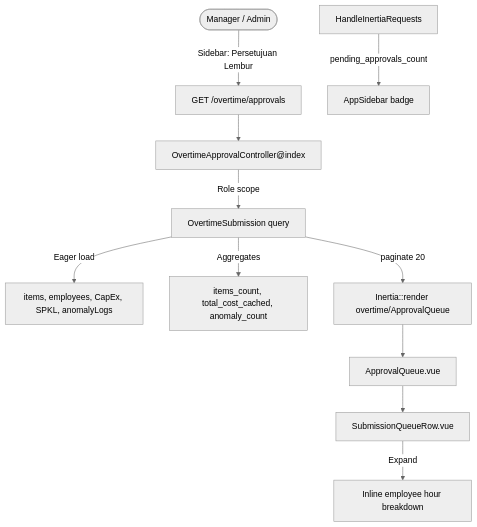
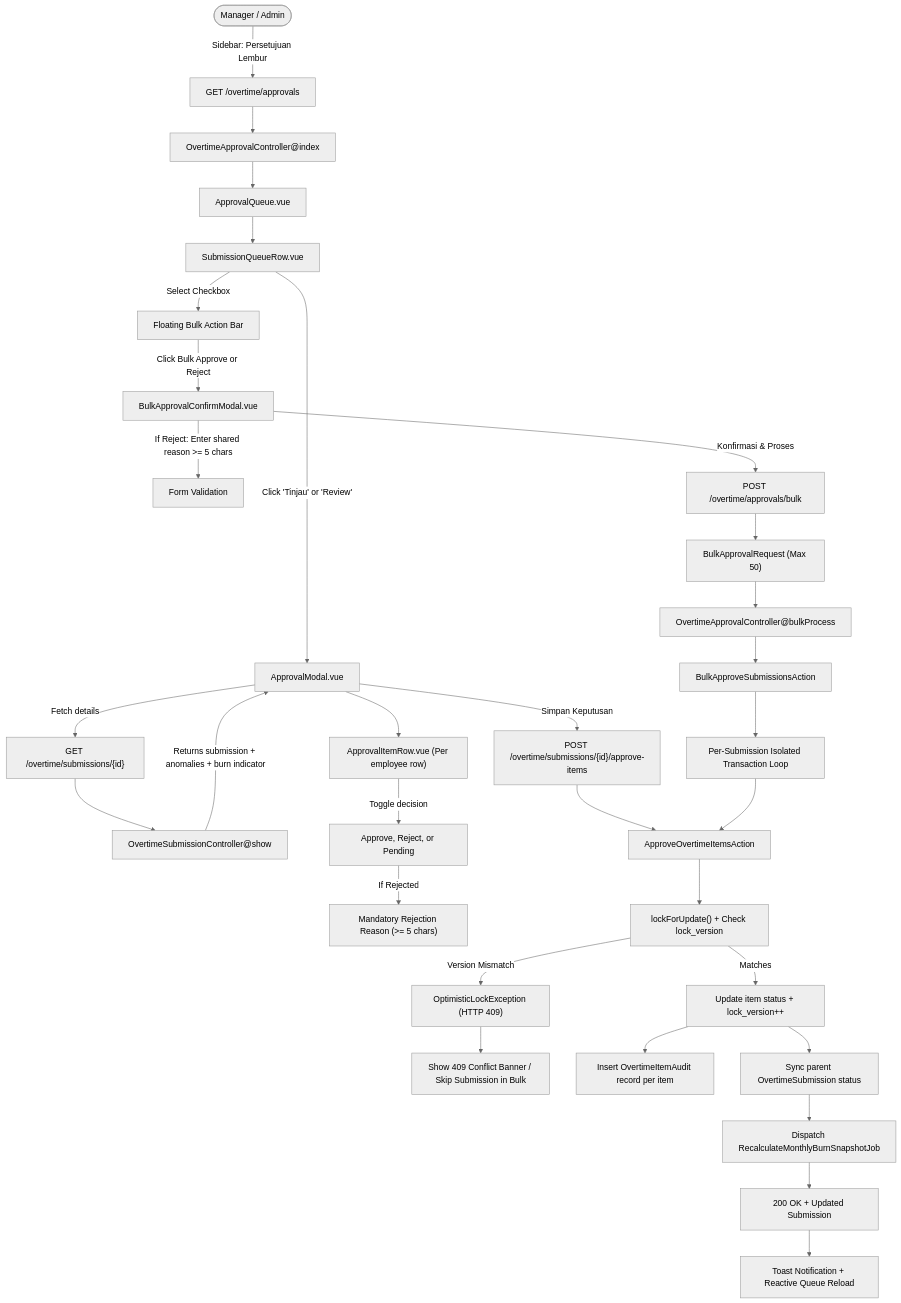
Before and after one commit to ZulfikarHD/overtime-app: the first of 2 diagrams in docs/dev-docs/features/verification-approval.md, drawn with Mermaid (neutral theme). The commit also changed other lines of this file and 27 other files, not shown here.

````diff
--- a/docs/dev-docs/features/verification-approval.md
+++ b/docs/dev-docs/features/verification-approval.md
@@ -9,13 +13,40 @@
 ```mermaid
 flowchart TD
-    User([Manager / Admin]) -->|Sidebar: Persetujuan Lembur| Route["GET /overtime/approvals"]
-    Route --> Controller["OvertimeApprovalController@index"]
-    Controller -->|Role scope| Query["OvertimeSubmission query"]
-    Query -->|Eager load| Eager["items, employees, CapEx, SPKL, anomalyLogs"]
-    Query -->|Aggregates| Agg["items_count, total_cost_cached, anomaly_count"]
-    Query -->|paginate 20| Inertia["Inertia::render overtime/ApprovalQueue"]
-    Inertia --> Page["ApprovalQueue.vue"]
+    User([Manager / Admin]) -->|Sidebar: Persetujuan Lembur| QueueRoute["GET /overtime/approvals"]
+    QueueRoute --> QueueController["OvertimeApprovalController@index"]
+    QueueController --> Page["ApprovalQueue.vue"]
     Page --> Row["SubmissionQueueRow.vue"]
-    Row -->|Expand| Inline["Inline employee hour breakdown"]
-    Middleware["HandleInertiaRequests"] -->|pending_approvals_count| Sidebar["AppSidebar badge"]
+
+    %% Path 1: Single Review Modal (E04-02)
+    Row -->|Click 'Tinjau' or 'Review'| Modal["ApprovalModal.vue"]
+    Modal -->|Fetch details| ShowRoute["GET /overtime/submissions/{id}"]
+    ShowRoute --> SubmissionController["OvertimeSubmissionController@show"]
+    SubmissionController -->|Returns submission + anomalies + burn indicator| Modal
+    Modal --> RowItem["ApprovalItemRow.vue (Per employee row)"]
+    RowItem -->|Toggle decision| Decisions["Approve, Reject, or Pending"]
+    Decisions -->|If Rejected| ReqReason["Mandatory Rejection Reason (>= 5 chars)"]
+    Modal -->|Simpan Keputusan| ApproveRoute["POST /overtime/submissions/{id}/approve-items"]
+    ApproveRoute --> ApproveAction["ApproveOvertimeItemsAction"]
+
+    %% Path 2: Bulk Action Bar (E04-03)
+    Row -->|Select Checkbox| FloatingBar["Floating Bulk Action Bar"]
+    FloatingBar -->|Click Bulk Approve or Reject| BulkModal["BulkApprovalConfirmModal.vue"]
+    BulkModal -->|If Reject: Enter shared reason >= 5 chars| ValidateBulkReason["Form Validation"]
+    BulkModal -->|Konfirmasi & Proses| BulkRoute["POST /overtime/approvals/bulk"]
+    BulkRoute --> BulkRequest["BulkApprovalRequest (Max 50)"]
+    BulkRequest --> BulkController["OvertimeApprovalController@bulkProcess"]
+    BulkController --> BulkAction["BulkApproveSubmissionsAction"]
+    BulkAction --> BulkLoop["Per-Submission Isolated Transaction Loop"]
+    BulkLoop --> ApproveAction
+
+    %% Core Decision & Concurrency Engine
+    ApproveAction --> Lock["lockForUpdate() + Check lock_version"]
+    Lock -->|Version Mismatch| ConflictException["OptimisticLockException (HTTP 409)"]
+    ConflictException --> AmberBanner["Show 409 Conflict Banner / Skip Submission in Bulk"]
+    Lock -->|Matches| Commit["Update item status + lock_version++"]
+    Commit --> Audit["Insert OvertimeItemAudit record per item"]
+    Commit --> SyncHeader["Sync parent OvertimeSubmission status"]
+    SyncHeader --> BurnJob["Dispatch RecalculateMonthlyBurnSnapshotJob"]
+    BurnJob --> SuccessResp["200 OK + Updated Submission"]
+    SuccessResp --> Toast["Toast Notification + Reactive Queue Reload"]
 ```
````
